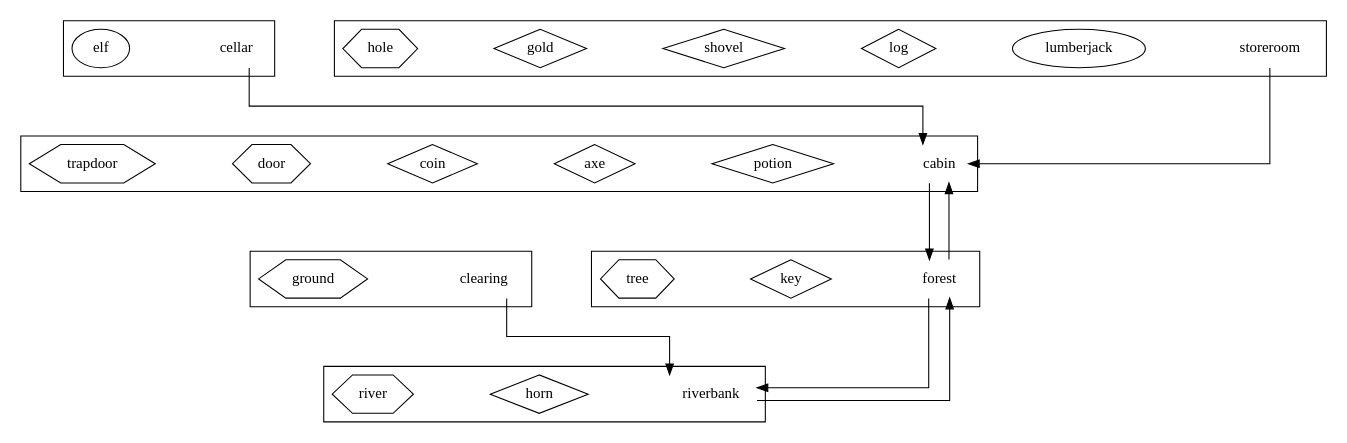
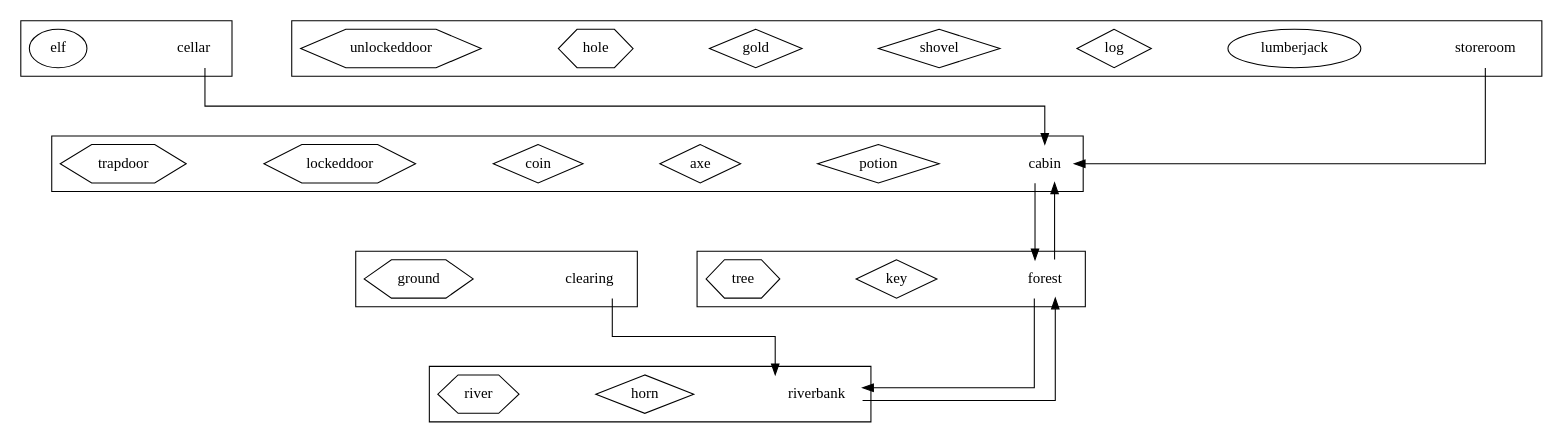
One commit to LurchK/JAVA-CW-2023 changed the diagram in cw-stag/config/custom-entities.dot. Above: the diagram before and after it, drawn with Graphviz. The commit also changed 1 other file, not shown here.

```diff
--- a/cw-stag/config/custom-entities.dot
+++ b/cw-stag/config/custom-entities.dot
@@ -1,101 +1,102 @@
 digraph layout {
     /* ortho splines just makes the arrows into straight lines (rather than curvy ones !) */
     splines = ortho;
     /* space everything out a bit to make it easier to see (for larger models) */
     graph [ranksep="1" nodesep="1"];
     node [shape = "rect"];
 
     subgraph locations {
 
         subgraph cluster001 {
             node [shape = "none"];
             cabin [description = "A log cabin in the woods"];
             subgraph artefacts {
                 node [shape = "diamond"];
                 potion [description = "A bottle of magic potion"];
                 axe [description = "A razor sharp axe"];
                 coin [description = "A silver coin"];
             }
             subgraph furniture {
                 node [shape = "hexagon"];
-                door [description = "A locked door to storeroom"]
+                lockeddoor [description = "A locked door to storeroom"]
                 trapdoor [description = "A locked wooden trapdoor in the floor"];
             }
         }
 
         subgraph cluster002 {
             node [shape = "none"];
             forest [description = "A deep dark forest"];
             subgraph artefacts {
                 node [shape = "diamond"];
                 key [description = "A rusty old key"];
             }
             subgraph furniture {
                 node [shape = "hexagon"];
                 tree [description = "A tall pine tree"];
             }
         }
 
         subgraph cluster003 {
             node [shape = "none"];
             cellar [description = "A dusty cellar"]
             subgraph characters {
                 node [shape = "ellipse"];
                 elf [description = "An angry looking Elf"];
             }
         }
 
         subgraph cluster004 {
             node [shape = "none"];
             riverbank [description = "A grassy riverbank"]
             subgraph artefacts {
                 node [shape = "diamond"];
                 horn [description = "An old brass horn"];
             }
             subgraph furniture {
                 node [shape = "hexagon"];
                 river [description = "A fast flowing river"];
             }
         }
 
         subgraph cluster005 {
             node [shape = "none"];
             clearing [description = "A clearing in the woods"]
             subgraph furniture {
                 node [shape = "hexagon"];
                 ground [description = "It looks like the soil has been recently disturbed"];
             }
         }
 
         subgraph cluster999 {
             node [shape = "none"];
             storeroom [description = "Storage for any entities not placed in the game"]
             subgraph characters {
                 node [shape = "ellipse"];
                 lumberjack [description = "A burly wood cutter"];
             }
             subgraph artefacts {
                 node [shape = "diamond"];
                 log [description = "A heavy wooden log"];
                 shovel [description = "A sturdy shovel"];
                 gold [description = "A big pot of gold"];
             }
             subgraph furniture {
                 node [shape = "hexagon"];
                 hole [description = "A deep hole in the ground"];
+                unlockeddoor [description = "An unlocked door to storeroom"]
             }
         }
 
     }
 
     subgraph paths {
         cabin -> forest;
         forest -> cabin;
         cellar -> cabin;
         forest -> riverbank
         riverbank -> forest
         clearing -> riverbank
         storeroom -> cabin
     }
 
 }
```
